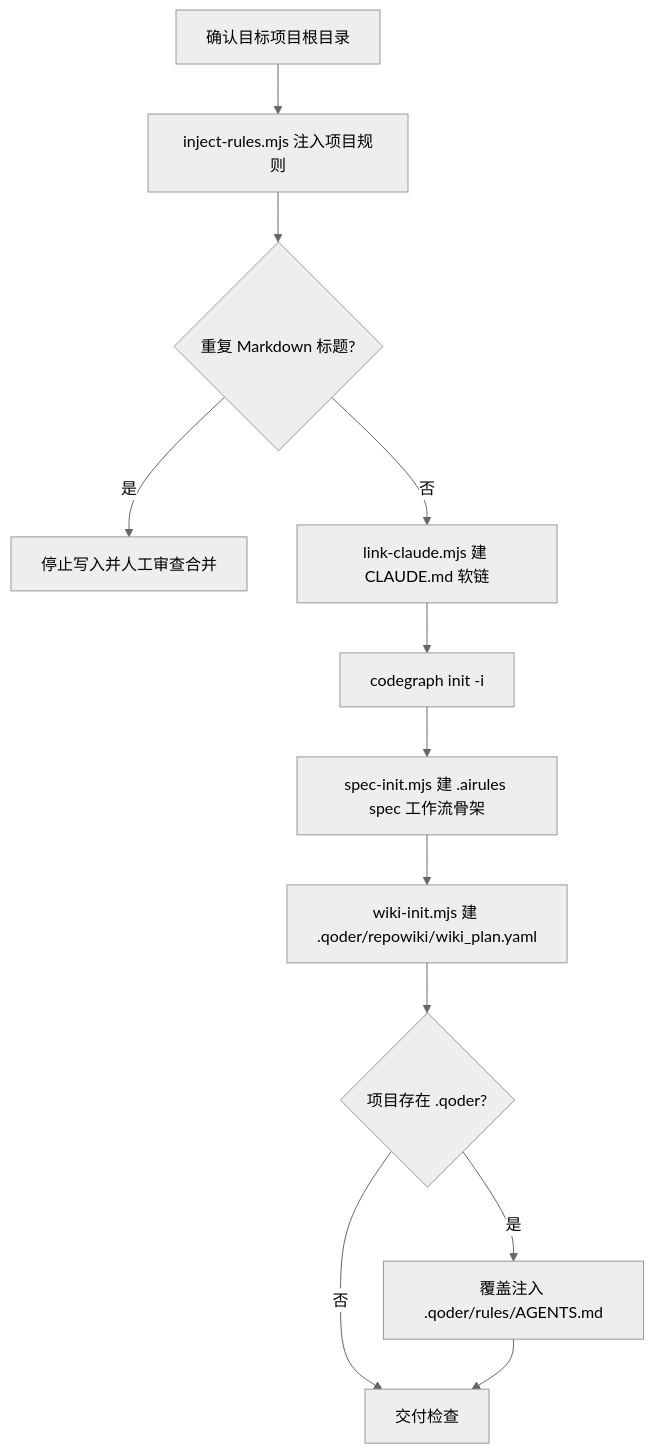
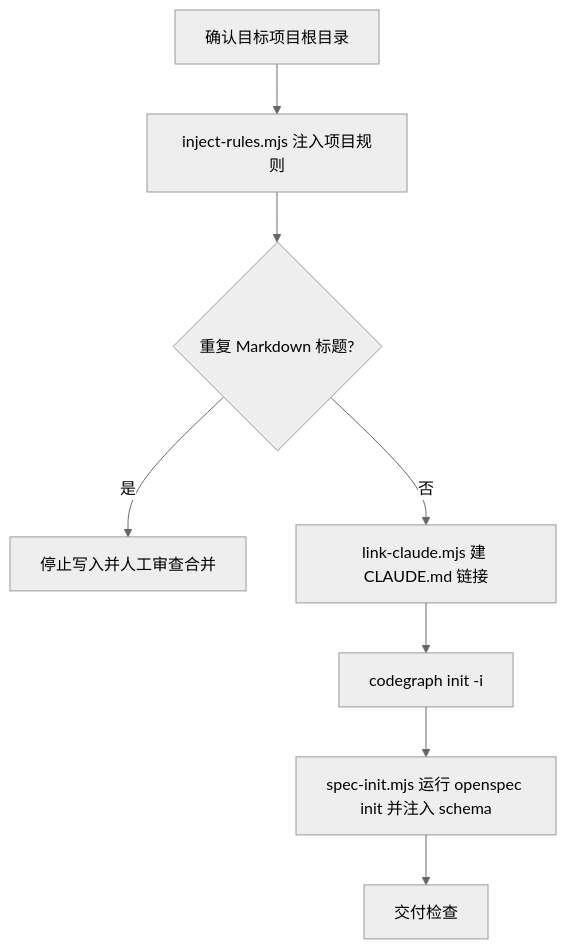
The diagram in roles/development/skills/init-project/SKILL.md (moluoxixi/AIRules), drawn with Mermaid (neutral theme) before and after one commit. The commit also changed other lines of this file and 196 other files, not shown here.

````diff
--- a/roles/development/skills/init-project/SKILL.md
+++ b/roles/development/skills/init-project/SKILL.md
@@ -28,14 +29,10 @@
 ```mermaid
 flowchart TD
   A[确认目标项目根目录] --> B[inject-rules.mjs 注入项目规则]
   B --> C{重复 Markdown 标题?}
   C -->|是| D[停止写入并人工审查合并]
-  C -->|否| E[link-claude.mjs 建 CLAUDE.md 软链]
+  C -->|否| E[link-claude.mjs 建 CLAUDE.md 链接]
   E --> F[codegraph init -i]
-  F --> G[spec-init.mjs 建 .airules spec 工作流骨架]
-  G --> W[wiki-init.mjs 建 .qoder/repowiki/wiki_plan.yaml]
-  W --> Q{项目存在 .qoder?}
-  Q -->|是| R[覆盖注入 .qoder/rules/AGENTS.md]
-  Q -->|否| H[交付检查]
-  R --> H
+  F --> G[spec-init.mjs 运行 openspec init 并注入 schema]
+  G --> H[交付检查]
 ```
````
